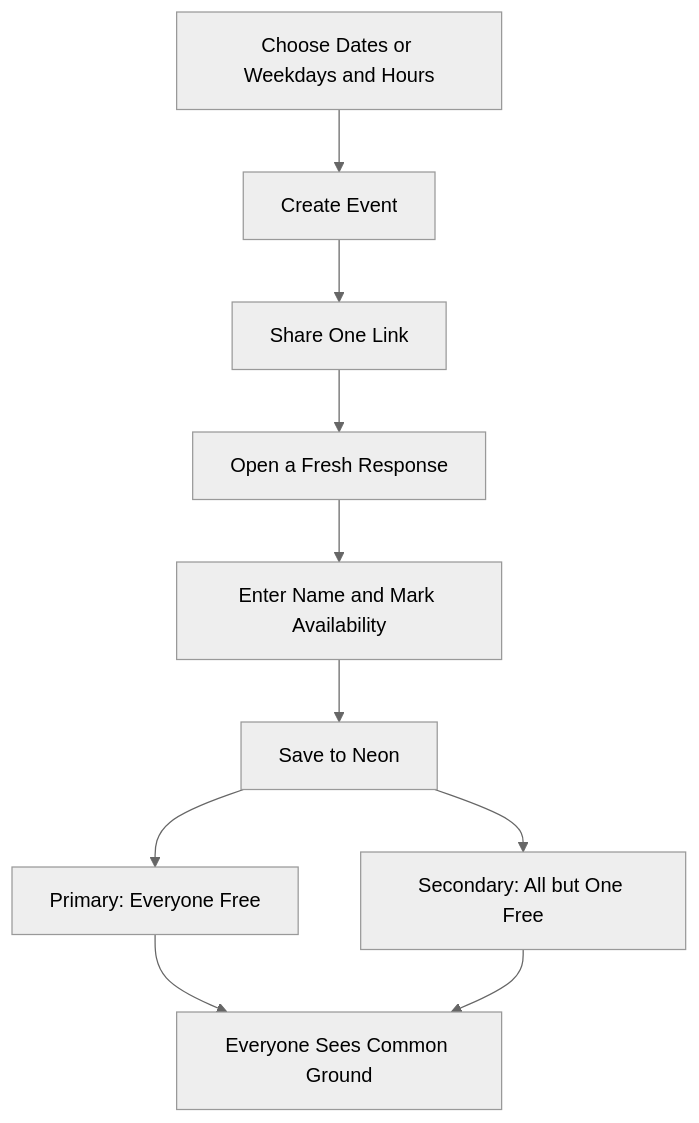
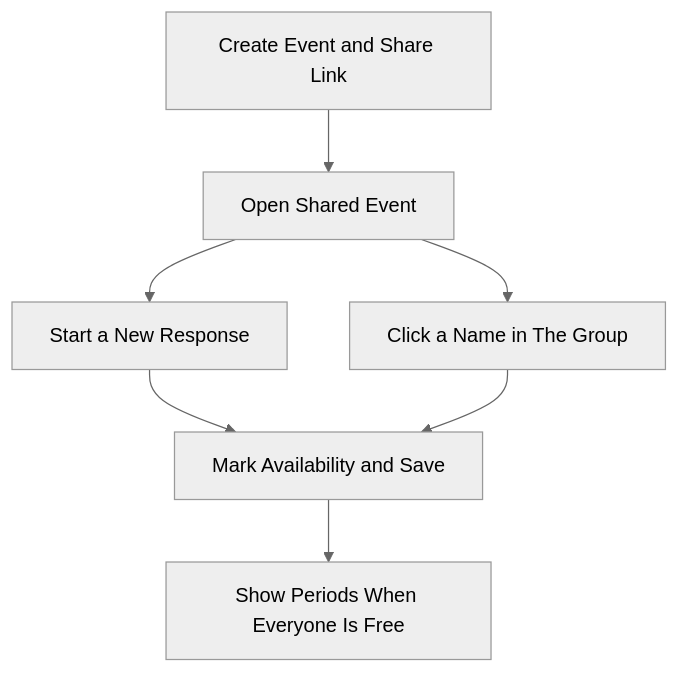
Before and after one commit to jimmy181211/whenkin: the first of 2 diagrams in docs/flowchart.md, drawn with Mermaid (neutral theme). The commit also changed other lines of this file and 28 other files, not shown here.

Commit message:
Allow shared editing of group responses and show only everyone-free common ground

````diff
--- a/docs/flowchart.md
+++ b/docs/flowchart.md
@@ -7,12 +7,9 @@
 ```mermaid
 flowchart TD
-  C["Choose Dates or Weekdays and Hours"] --> E["Create Event"]
-  E --> L["Share One Link"]
-  L --> F["Open a Fresh Response"]
-  F --> R["Enter Name and Mark Availability"]
-  R --> N["Save to Neon"]
-  N --> P["Primary: Everyone Free"]
-  N --> S["Secondary: All but One Free"]
-  P --> G["Everyone Sees Common Ground"]
-  S --> G
+  C["Create Event and Share Link"] --> V["Open Shared Event"]
+  V --> N["Start a New Response"]
+  V --> E["Click a Name in The Group"]
+  N --> S["Mark Availability and Save"]
+  E --> S
+  S --> P["Show Periods When Everyone Is Free"]
 ```
````
